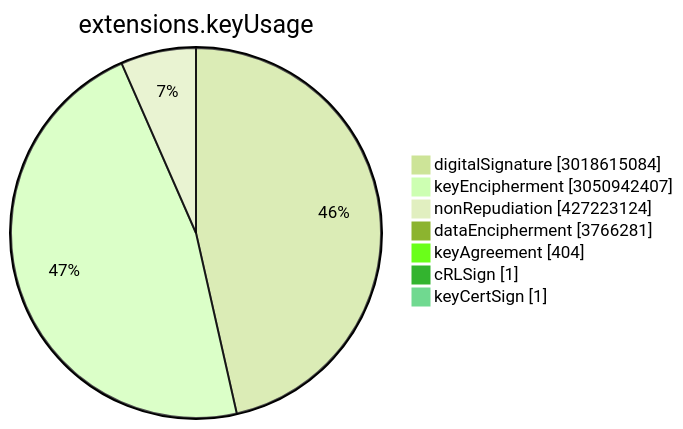
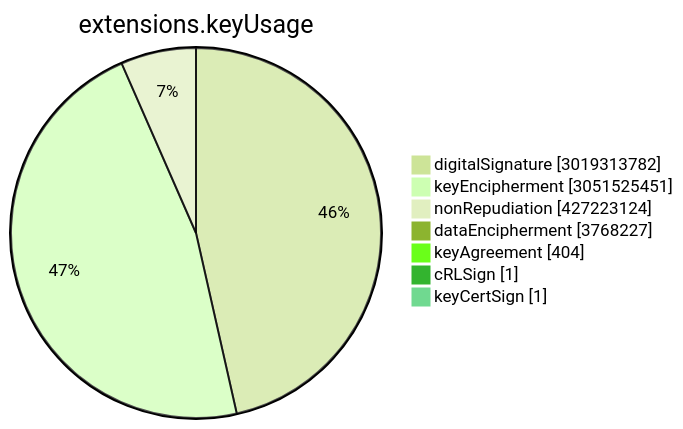
The sixth of 15 diagrams in TOTAL/README.md (christiankrug/ctmonitor_visualization), drawn with Mermaid (forest theme) before and after one commit. The commit also changed other lines of this file, not shown here.

````diff
--- a/TOTAL/README.md
+++ b/TOTAL/README.md
@@ -3077,11 +3077,11 @@
 ```mermaid
 pie showData
 title extensions.keyUsage
-"digitalSignature" :3018615084
-"keyEncipherment" :3050942407
+"digitalSignature" :3019313782
+"keyEncipherment" :3051525451
 "nonRepudiation" :427223124
-"dataEncipherment" :3766281
+"dataEncipherment" :3768227
 "keyAgreement" :404
 "cRLSign" :1
 "keyCertSign" :1
 ```
````
